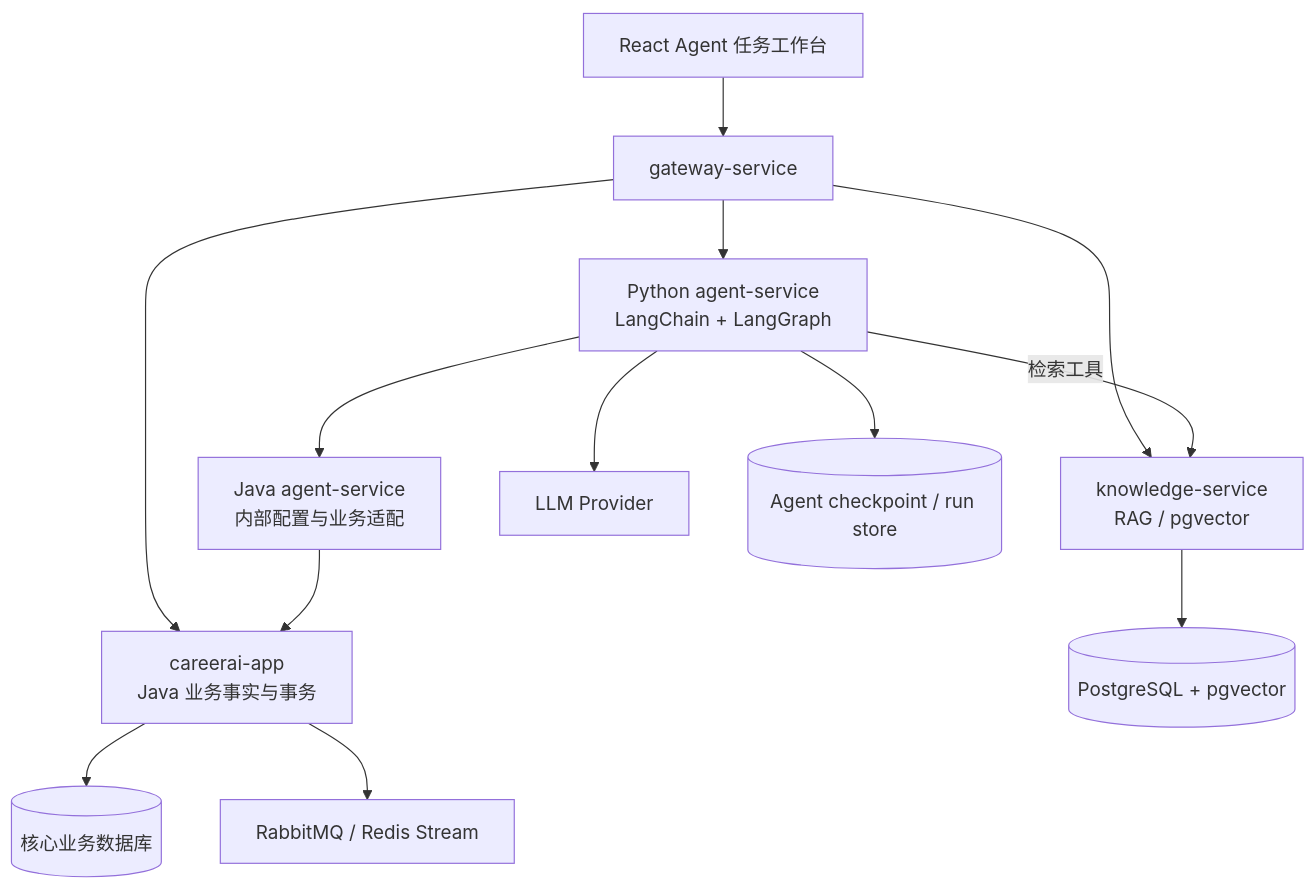
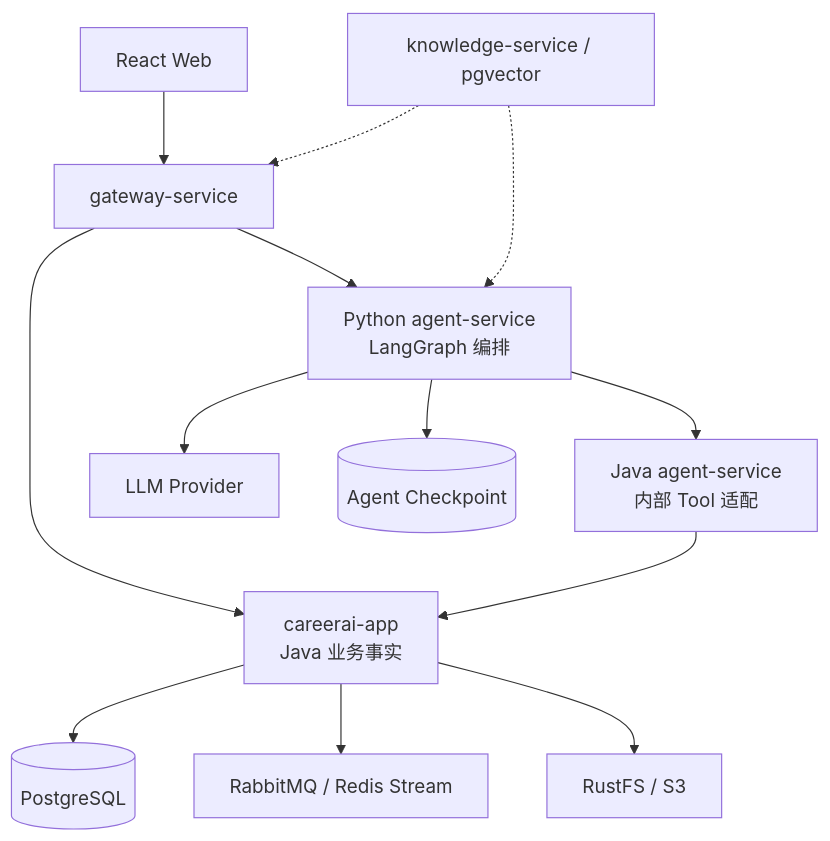
One commit to w0nderful-yzh/CareerAI changed the second of 2 diagrams in README.md. Above: the diagram before and after it, drawn with Mermaid. The commit also changed other lines of this file and 9 other files, not shown here.

````diff
--- a/README.md
+++ b/README.md
@@ -142,17 +158,16 @@
 ```mermaid
 flowchart TB
-    WEB["React Agent 任务工作台"] --> GW["gateway-service"]
-    GW --> AGENT["Python agent-service<br/>LangChain + LangGraph"]
-    GW --> APP["careerai-app<br/>Java 业务事实与事务"]
-    GW --> KNOWLEDGE["knowledge-service<br/>RAG / pgvector"]
+    WEB["React Web"] --> GW["gateway-service"]
+    GW --> APP["careerai-app<br/>Java 业务事实"]
+    GW --> PY["Python agent-service<br/>LangGraph 编排"]
+    PY --> JAGENT["Java agent-service<br/>内部 Tool 适配"]
+    JAGENT --> APP
+    PY --> LLM["LLM Provider"]
+    PY --> CP[("Agent Checkpoint")]
+    APP --> PG[("PostgreSQL")]
+    APP --> MQ["RabbitMQ / Redis Stream"]
+    APP --> OSS["RustFS / S3"]
 
-    AGENT --> JAGENT["Java agent-service<br/>内部配置与业务适配"]
-    JAGENT --> APP
-    AGENT --> LLM["LLM Provider"]
-    AGENT -->|"检索工具"| KNOWLEDGE
-    AGENT --> CHECKPOINT[("Agent checkpoint / run store")]
-
-    APP --> BIZ[("核心业务数据库")]
-    APP --> MQ["RabbitMQ / Redis Stream"]
-    KNOWLEDGE --> VECTOR[("PostgreSQL + pgvector")]
+    OPTIONAL["knowledge-service / pgvector"] -.-> GW
+    OPTIONAL -.-> PY
 ```
````
